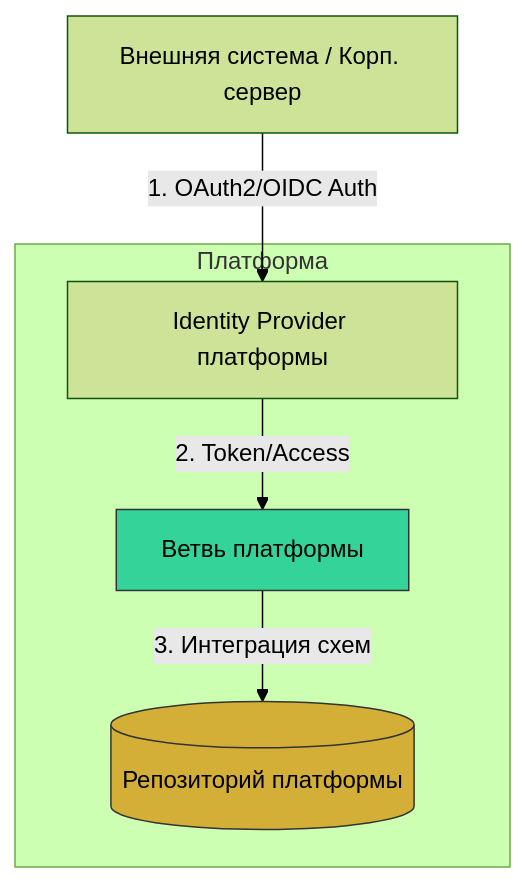
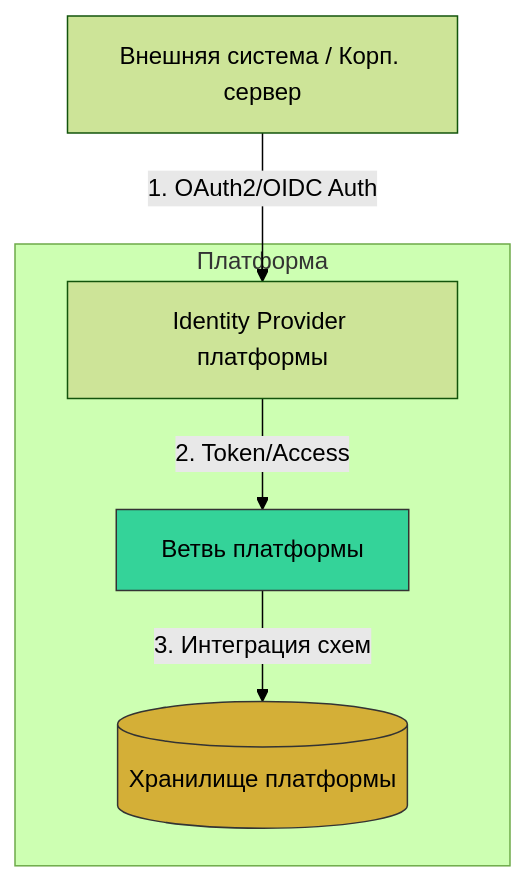
Before and after one commit to Data-Independence-Network/presentations: diagram 21 of 51 in shared_docs/Технический документ платформы Турбаза.md, drawn with Mermaid (forest theme). The commit also changed other lines of this file and 8 other files, not shown here.

````diff
--- a/shared_docs/Технический документ платформы Турбаза.md
+++ b/shared_docs/Технический документ платформы Турбаза.md
@@ -535,13 +535,13 @@
 ```mermaid
 graph TD
     External_Sys[Внешняя система / Корп. сервер] --> |1. OAuth2/OIDC Auth| IdP[Identity Provider платформы]
     
     subgraph Platform_Data [Платформа]
         IdP --> |2. Token/Access| Leaf_Node[Ветвь платформы]
-        Leaf_Node --> |3. Интеграция схем| Platform_Repo[(Репозиторий платформы)]
+        Leaf_Node --> |3. Интеграция схем| Platform_Repo[(Хранилище платформы)]
         Platform_Repo
     end
     
     style Leaf_Node fill:#34D399,stroke:#333
     style Platform_Repo fill:#D4AF37,stroke:#333
 ```
````
